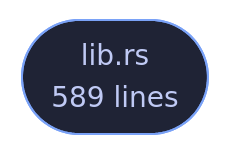
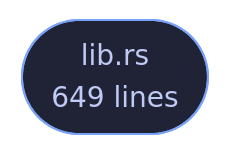
One commit to tilas01/veilvoice changed the diagram in crates/veilvoice-accel/README.md. Above: the diagram before and after it, drawn with Mermaid. The commit also changed other lines of this file and 528 other files, not shown here.

````diff
--- a/crates/veilvoice-accel/README.md
+++ b/crates/veilvoice-accel/README.md
@@ -93,6 +93,6 @@
 ```mermaid
 %%{init: {"theme":"base","themeVariables":{"background":"#1a1b26","primaryColor":"#1f2335","primaryTextColor":"#c0caf5","primaryBorderColor":"#7aa2f7","secondaryColor":"#16161e","tertiaryColor":"#16161e","lineColor":"#737aa2","textColor":"#c0caf5","mainBkg":"#1f2335","nodeBorder":"#7aa2f7","clusterBkg":"#16161e","clusterBorder":"#2f3549","fontFamily":"ui-monospace, SFMono-Regular, Consolas, monospace","fontSize":"14px"}}}%%
 flowchart TD
-    n_lib(["lib.rs<br/>589 lines"])
+    n_lib(["lib.rs<br/>649 lines"])
     click n_lib href "https://github.com/tilas01/veilvoice/blob/main/crates/veilvoice-accel/src/lib.rs" "open the source"
 ```
````
